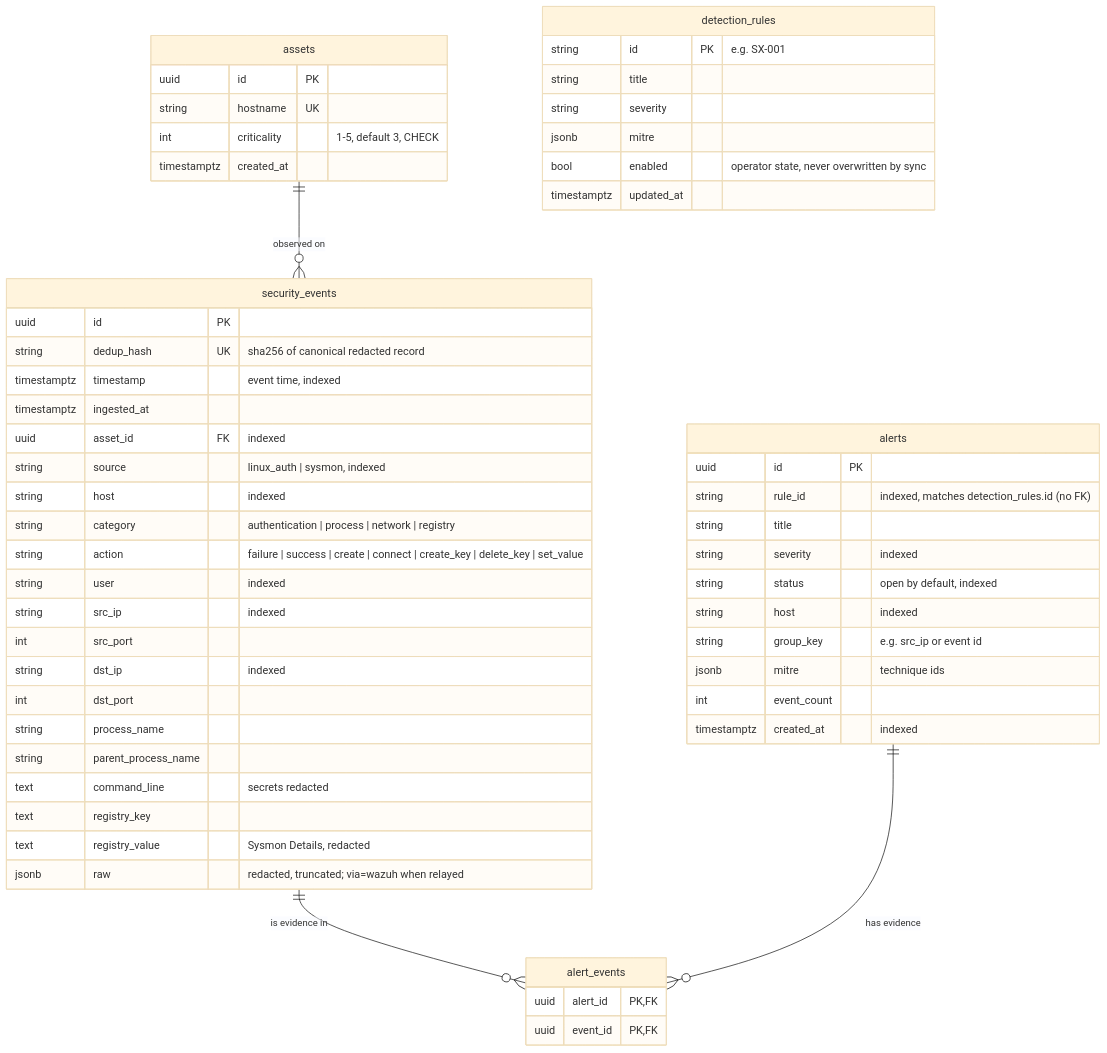
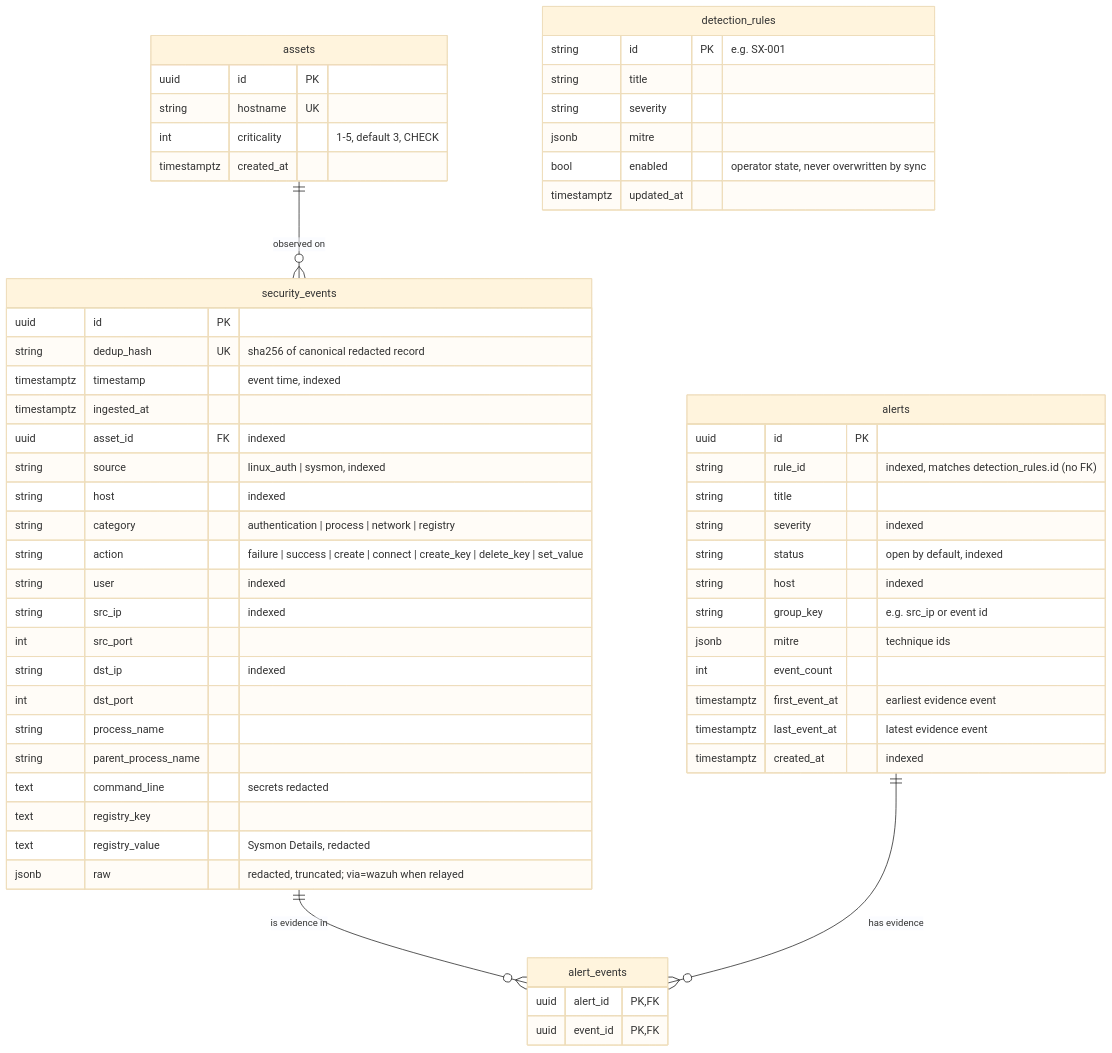
Before and after one commit to duynhat326/SentinelX-Hybrid-AI-powered-Security-Operations-Platform: the diagram in docs/database-schema.md, drawn with Mermaid (base theme). The commit also changed other lines of this file and 22 other files, not shown here.

````diff
--- a/docs/database-schema.md
+++ b/docs/database-schema.md
@@ -5,59 +5,61 @@
 ```mermaid
 erDiagram
     assets ||--o{ security_events : "observed on"
     security_events ||--o{ alert_events : "is evidence in"
     alerts ||--o{ alert_events : "has evidence"
 
     assets {
         uuid id PK
         string hostname UK
         int criticality "1-5, default 3, CHECK"
         timestamptz created_at
     }
     detection_rules {
         string id PK "e.g. SX-001"
         string title
         string severity
         jsonb mitre
         bool enabled "operator state, never overwritten by sync"
         timestamptz updated_at
     }
     security_events {
         uuid id PK
         string dedup_hash UK "sha256 of canonical redacted record"
         timestamptz timestamp "event time, indexed"
         timestamptz ingested_at
         uuid asset_id FK "indexed"
         string source "linux_auth | sysmon, indexed"
         string host "indexed"
         string category "authentication | process | network | registry"
         string action "failure | success | create | connect | create_key | delete_key | set_value"
         string user "indexed"
         string src_ip "indexed"
         int src_port
         string dst_ip "indexed"
         int dst_port
         string process_name
         string parent_process_name
         text command_line "secrets redacted"
         text registry_key
         text registry_value "Sysmon Details, redacted"
         jsonb raw "redacted, truncated; via=wazuh when relayed"
     }
     alerts {
         uuid id PK
         string rule_id "indexed, matches detection_rules.id (no FK)"
         string title
         string severity "indexed"
         string status "open by default, indexed"
         string host "indexed"
         string group_key "e.g. src_ip or event id"
         jsonb mitre "technique ids"
         int event_count
+        timestamptz first_event_at "earliest evidence event"
+        timestamptz last_event_at "latest evidence event"
         timestamptz created_at "indexed"
     }
     alert_events {
         uuid alert_id PK, FK
         uuid event_id PK, FK
     }
 ```
````
